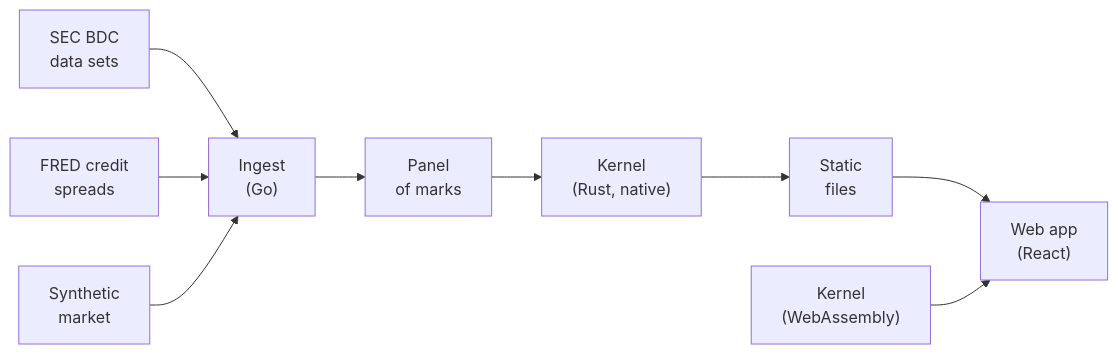
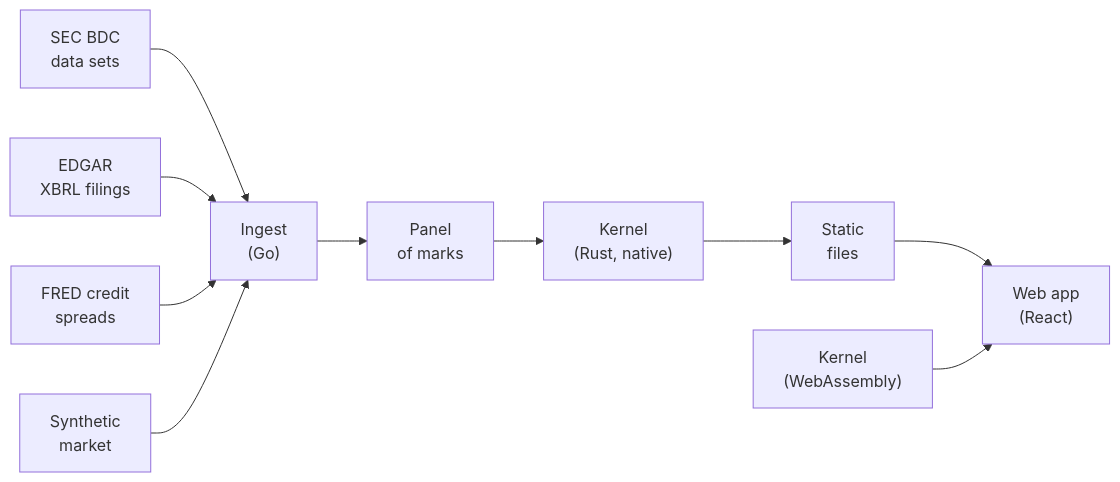
One commit to Rishi0507/Syndicate-Intra-quarter-Level-3-marks changed the diagram in README.md. Above: the diagram before and after it, drawn with Mermaid. The commit also changed other lines of this file, not shown here.

````diff
--- a/README.md
+++ b/README.md
@@ -185,11 +116,12 @@
 ```mermaid
 flowchart LR
     SEC["SEC BDC<br/>data sets"] --> ING
+    EDG["EDGAR<br/>XBRL filings"] --> ING
     FRED["FRED credit<br/>spreads"] --> ING
     SYN["Synthetic<br/>market"] --> ING
     ING["Ingest<br/>(Go)"] --> PANEL["Panel<br/>of marks"]
     PANEL --> KER["Kernel<br/>(Rust, native)"]
     KER --> FILES["Static<br/>files"]
     FILES --> WEB["Web app<br/>(React)"]
     WASM["Kernel<br/>(WebAssembly)"] --> WEB
 ```
````
